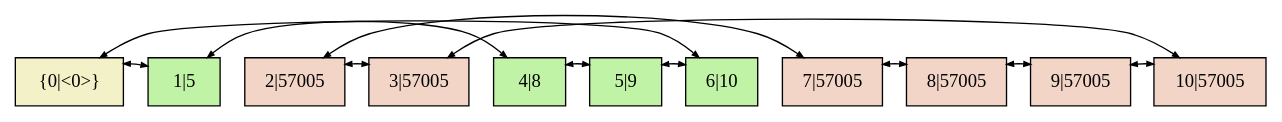
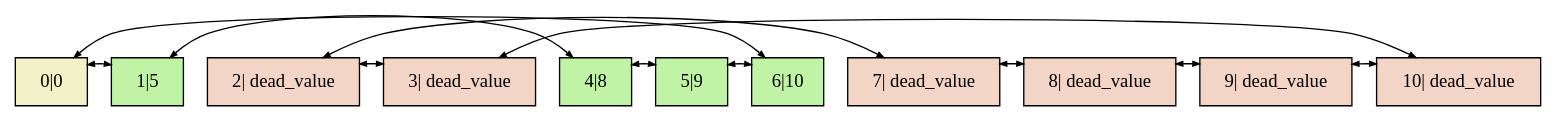
The diagram in r.gv (tsatsulya/Linked_list), drawn with Graphviz before and after one commit. The commit also changed 6 other files, not shown here.

```diff
--- a/r.gv
+++ b/r.gv
@@ -1,35 +1,35 @@
 digraph structs {
 	subgraph {
 		nodesep = 0.5;
 		node [ shape = box, weight = 100 ];
 		edge [ style = invis, dir=both, arrowsize = 0.5 ];
 
-		struct0 [label="{0|<0>}", style = filled, fillcolor = "#f2f1c7"];
+		struct0 [label="0|0", style = filled, fillcolor = "#f2f1c7"];
 		struct1 [label="1|5", style = filled, fillcolor = "#c1f3a6"];
-		struct2 [label="2|57005", style = filled, fillcolor = "#f2d5c7"];
-		struct3 [label="3|57005", style = filled, fillcolor = "#f2d5c7"];
+		struct2 [label="2| dead_value", style = filled, fillcolor = "#f2d5c7"];
+		struct3 [label="3| dead_value", style = filled, fillcolor = "#f2d5c7"];
 		struct4 [label="4|8", style = filled, fillcolor = "#c1f3a6"];
 		struct5 [label="5|9", style = filled, fillcolor = "#c1f3a6"];
 		struct6 [label="6|10", style = filled, fillcolor = "#c1f3a6"];
-		struct7 [label="7|57005", style = filled, fillcolor = "#f2d5c7"];
-		struct8 [label="8|57005", style = filled, fillcolor = "#f2d5c7"];
-		struct9 [label="9|57005", style = filled, fillcolor = "#f2d5c7"];
-		struct10 [label="10|57005", style = filled, fillcolor = "#f2d5c7"];
+		struct7 [label="7| dead_value", style = filled, fillcolor = "#f2d5c7"];
+		struct8 [label="8| dead_value", style = filled, fillcolor = "#f2d5c7"];
+		struct9 [label="9| dead_value", style = filled, fillcolor = "#f2d5c7"];
+		struct10 [label="10| dead_value", style = filled, fillcolor = "#f2d5c7"];
 
 
 		{rank = same; struct0; struct1; struct2; struct3; struct4; struct5; struct6; struct7; struct8; struct9; struct10; }
 		struct0 -> struct1 -> struct2 -> struct3 -> struct4 -> struct5 -> struct6 -> struct7 -> struct8 -> struct9 -> struct10
 
 	}
 struct0 -> struct1 [dir=both, arrowsize = 0.5]
 struct1 -> struct4 [dir=both, arrowsize = 0.5]
 struct4 -> struct5 [dir=both, arrowsize = 0.5]
 struct5 -> struct6 [dir=both, arrowsize = 0.5]
 struct6 -> struct0 [dir=both, arrowsize = 0.5]
 struct3 -> struct2 [dir=both, arrowsize = 0.5]
 struct2 -> struct7 [dir=both, arrowsize = 0.5]
 struct7 -> struct8 [dir=both, arrowsize = 0.5]
 struct8 -> struct9 [dir=both, arrowsize = 0.5]
 struct9 -> struct10 [dir=both, arrowsize = 0.5]
 struct10 -> struct3 [dir=both, arrowsize = 0.5]
 }
```
